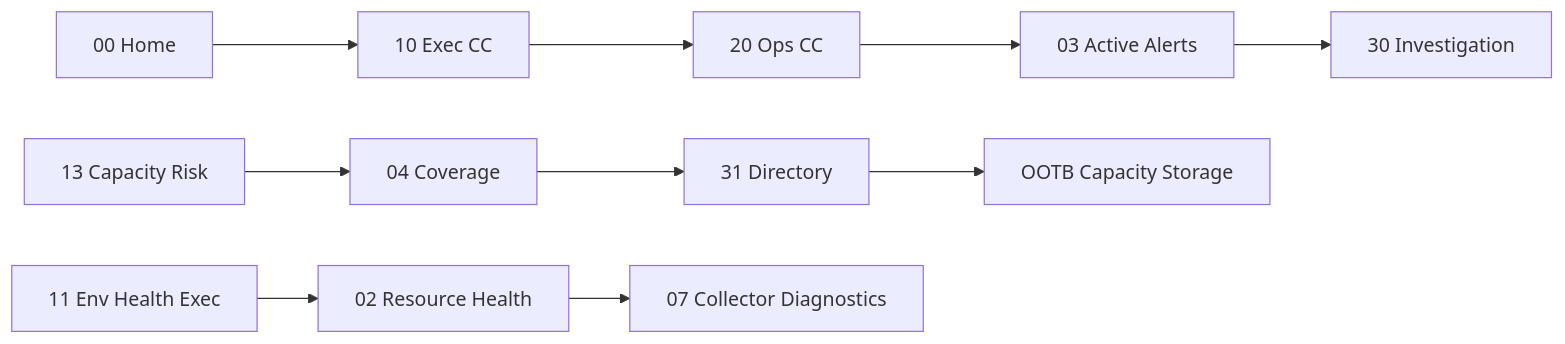
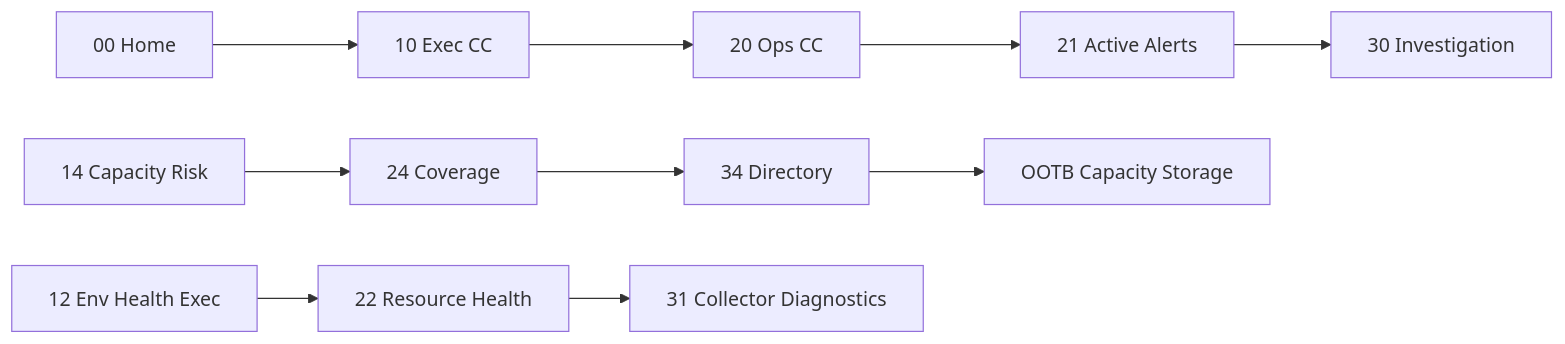
One commit to Gomezrbz/Smart-Admin-Dashboards-LogicMonitor-V2.0 changed the second of 2 diagrams in dashboard-redesign/navigation/dashboard-relationship-map.md. Above: the diagram before and after it, drawn with Mermaid. The commit also changed other lines of this file and 30 other files, not shown here.

````diff
--- a/dashboard-redesign/navigation/dashboard-relationship-map.md
+++ b/dashboard-redesign/navigation/dashboard-relationship-map.md
@@ -51,6 +51,6 @@
 ```mermaid
 flowchart LR
-  J1A["00 Home"] --> J1B["10 Exec CC"] --> J1C["20 Ops CC"] --> J1D["03 Active Alerts"] --> J1E["30 Investigation"]
-  J2A["13 Capacity Risk"] --> J2B["04 Coverage"] --> J2C["31 Directory"] --> J2D["OOTB Capacity Storage"]
-  J3A["11 Env Health Exec"] --> J3B["02 Resource Health"] --> J3C["07 Collector Diagnostics"]
+  J1A["00 Home"] --> J1B["10 Exec CC"] --> J1C["20 Ops CC"] --> J1D["21 Active Alerts"] --> J1E["30 Investigation"]
+  J2A["14 Capacity Risk"] --> J2B["24 Coverage"] --> J2C["34 Directory"] --> J2D["OOTB Capacity Storage"]
+  J3A["12 Env Health Exec"] --> J3B["22 Resource Health"] --> J3C["31 Collector Diagnostics"]
 ```
````
